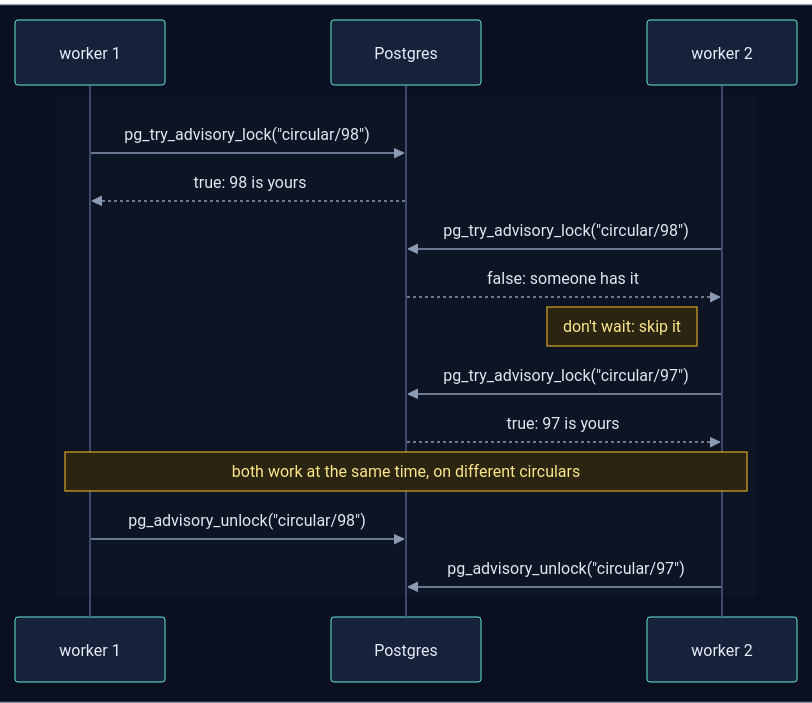
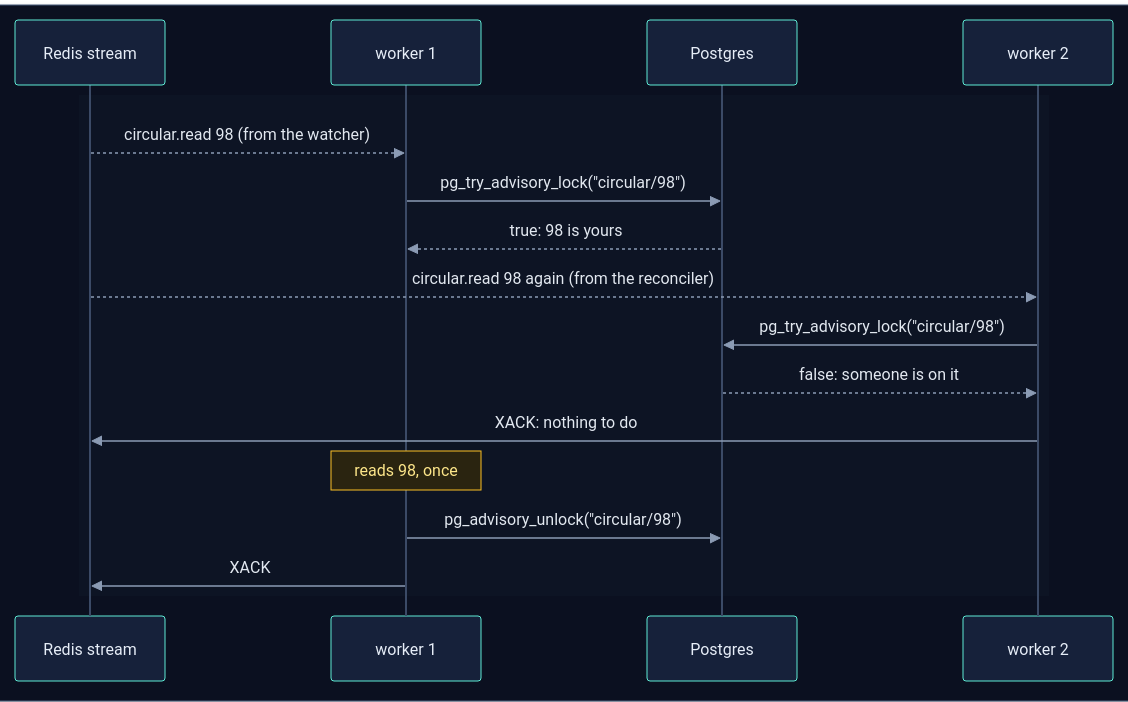
Before and after one commit to selvakumarperumal/Regulatory_Circular_Impact_Agent: diagram 12 of 14 in how_the_worker_works.md, drawn with Mermaid. The commit also changed other lines of this file and 8 other files, not shown here.

````diff
--- a/how_the_worker_works.md
+++ b/how_the_worker_works.md
@@ -530,22 +756,23 @@
 ```mermaid
 %%{init: {"theme": "base", "sequence": {"diagramMarginX": 0, "diagramMarginY": 0}, "themeVariables": {"darkMode": true, "primaryColor": "#16213a", "primaryTextColor": "#e6edf7", "primaryBorderColor": "#475a7a", "lineColor": "#8b9bb4", "secondaryColor": "#1b2436", "tertiaryColor": "#101a2e", "edgeLabelBackground": "#0f172a", "textColor": "#e2e8f0", "actorBkg": "#16213a", "actorBorder": "#5eead4", "actorTextColor": "#e6edf7", "actorLineColor": "#3b4a66", "signalColor": "#8b9bb4", "signalTextColor": "#e2e8f0", "noteBkgColor": "#2a2410", "noteBorderColor": "#fbbf24", "noteTextColor": "#fde68a", "labelBoxBkgColor": "#1e293b", "labelBoxBorderColor": "#64748b", "labelTextColor": "#e2e8f0", "loopTextColor": "#c4b5fd", "sequenceNumberColor": "#0b1020", "activationBkgColor": "#1e293b"}}}%%
 sequenceDiagram
     box rgb(11, 16, 32)
-        participant W1 as worker 1
+        participant Q as Redis stream
+        participant K1 as worker 1
         participant DB as Postgres
-        participant W2 as worker 2
+        participant K2 as worker 2
     end
 
     rect rgb(13, 20, 36)
-        W1->>DB: pg_try_advisory_lock("circular/98")
-        DB-->>W1: true: 98 is yours
-        W2->>DB: pg_try_advisory_lock("circular/98")
-        DB-->>W2: false: someone has it
-        Note left of W2: don't wait: skip it
-        W2->>DB: pg_try_advisory_lock("circular/97")
-        DB-->>W2: true: 97 is yours
-        Note over W1,W2: both work at the same time, on different circulars
-        W1->>DB: pg_advisory_unlock("circular/98")
-        W2->>DB: pg_advisory_unlock("circular/97")
+        Q-->>K1: circular.read 98 (from the watcher)
+        K1->>DB: pg_try_advisory_lock("circular/98")
+        DB-->>K1: true: 98 is yours
+        Q-->>K2: circular.read 98 again (from the reconciler)
+        K2->>DB: pg_try_advisory_lock("circular/98")
+        DB-->>K2: false: someone is on it
+        K2->>Q: XACK: nothing to do
+        Note over K1: reads 98, once
+        K1->>DB: pg_advisory_unlock("circular/98")
+        K1->>Q: XACK
     end
 ```
````
